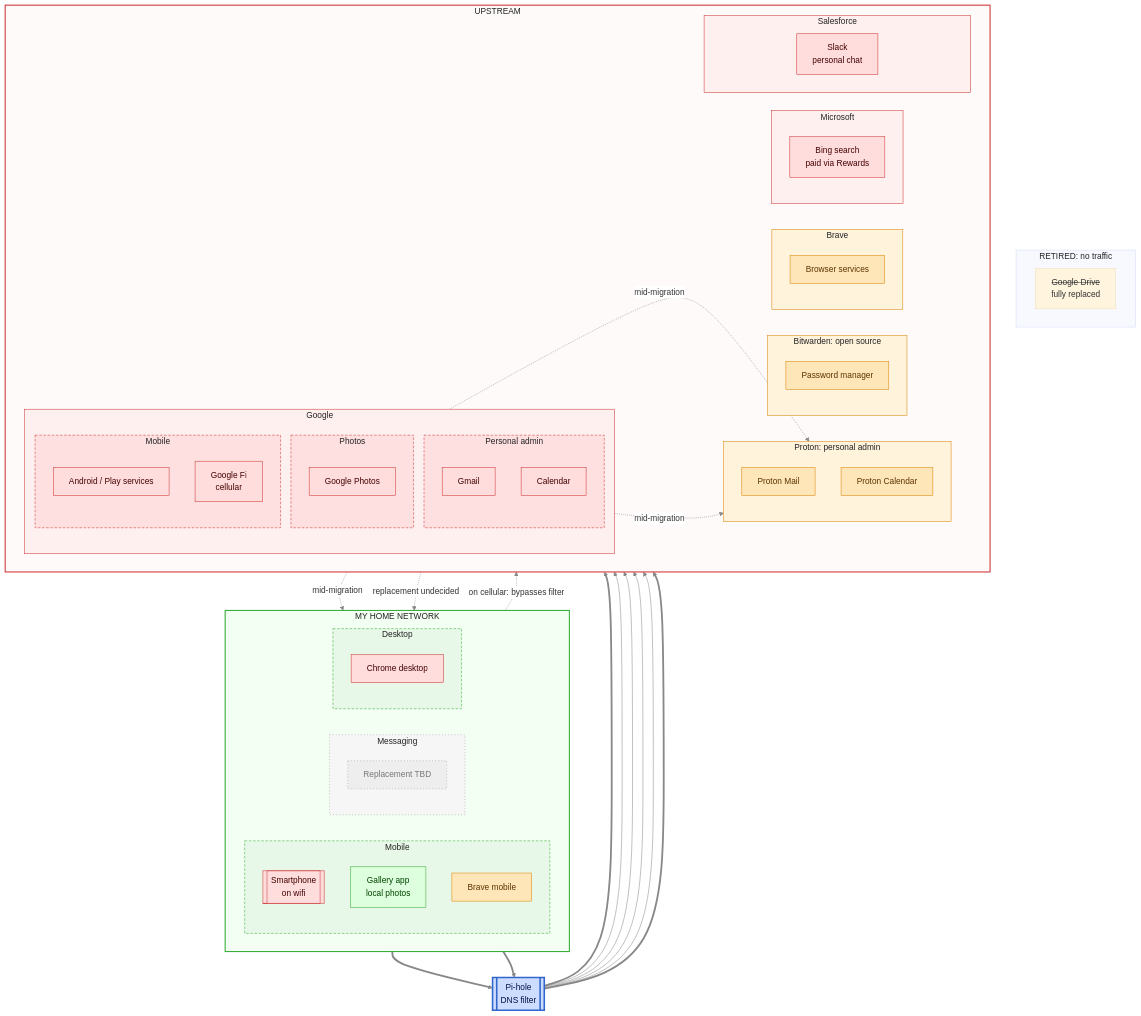
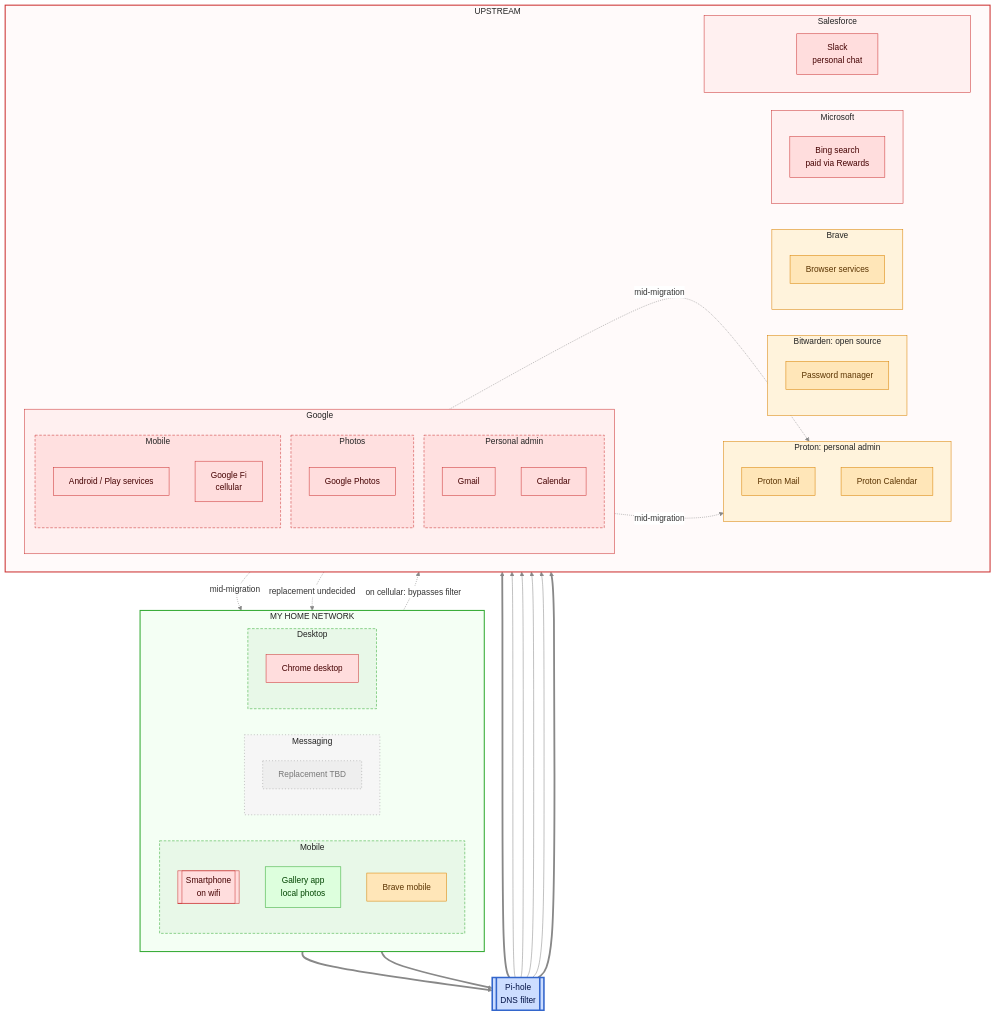
One commit to lowlydba/torch-the-tech changed the fourth of 5 diagrams in README.md. Above: the diagram before and after it, drawn with Mermaid.

Commit message:
Remove stray Google Drive from chart 3

```diff
--- a/README.md
+++ b/README.md
@@ -286,10 +286,6 @@
             direction TB
             chrome[Chrome desktop]
         end
-    end
-
-    subgraph retired["RETIRED: no traffic"]
-        gdrive[<s>Google Drive</s><br/>fully replaced]
     end
 
     pihole[[Pi-hole<br/>DNS filter]]
```
